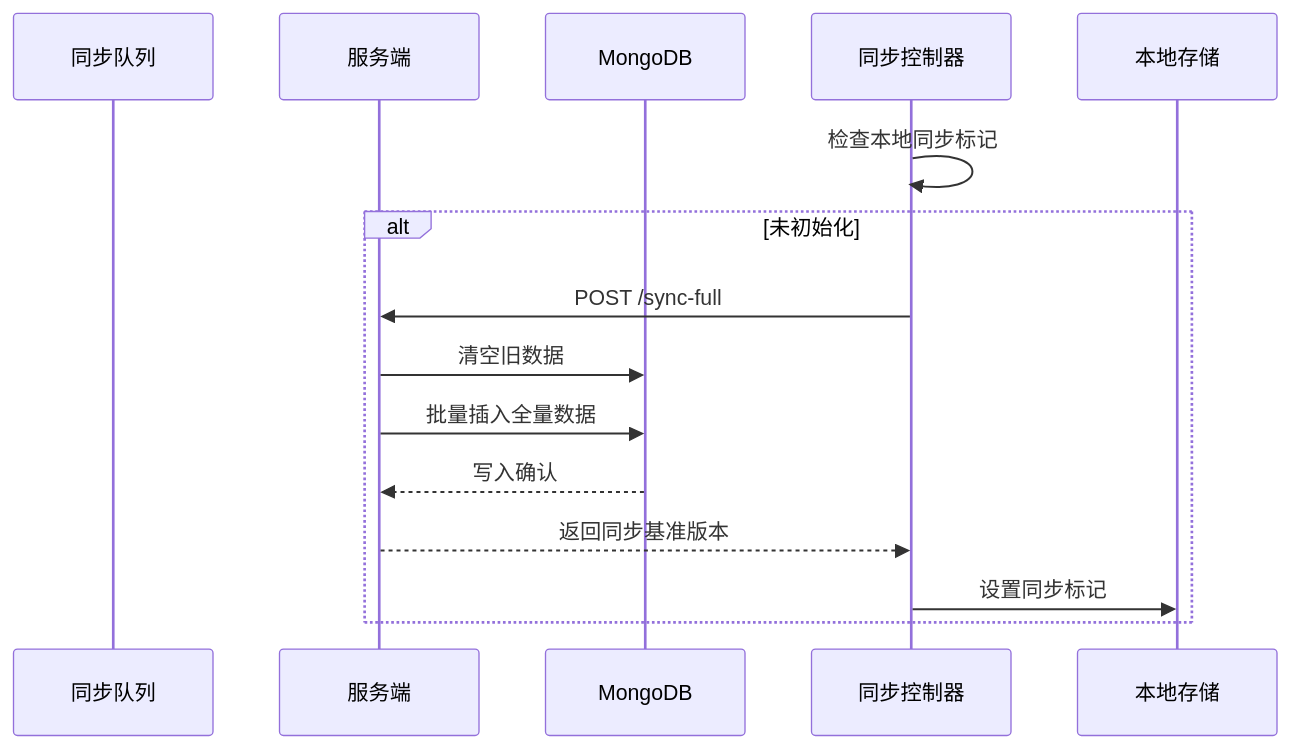
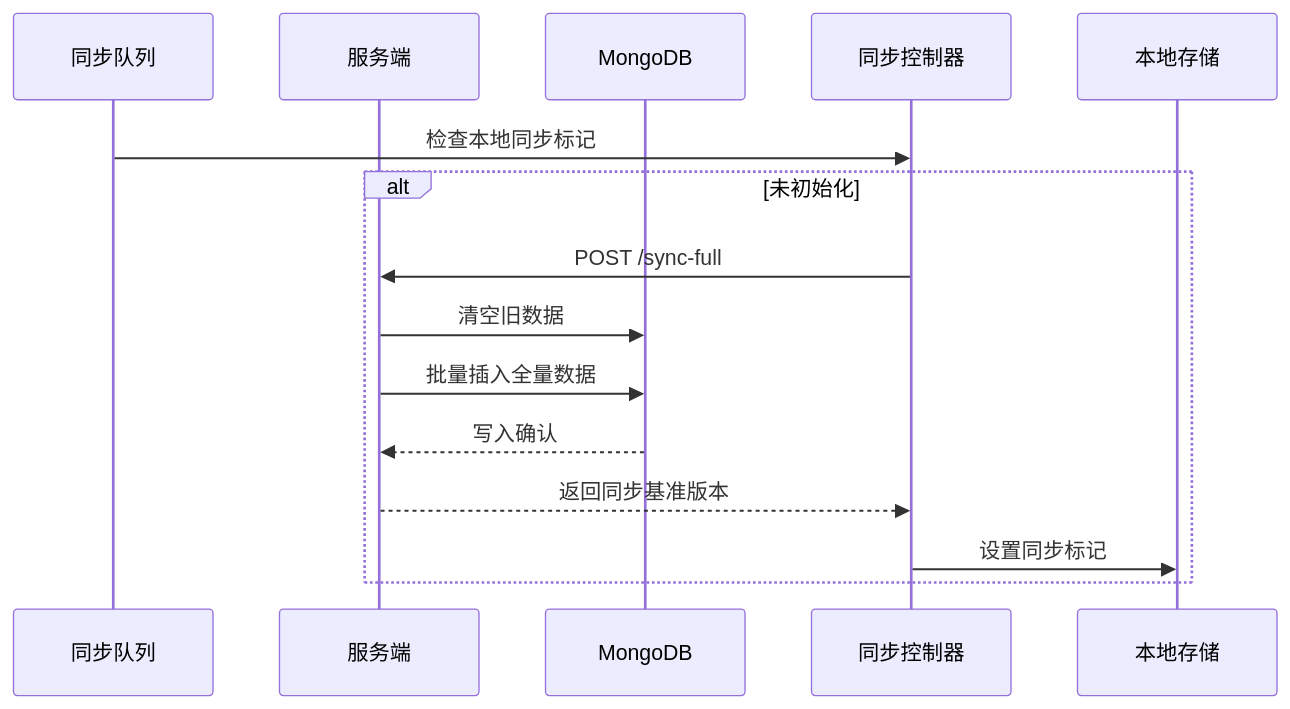
Before and after one commit to yingjianzh/iodraw-files: the diagram in all/未命名-24.md, drawn with Mermaid.

Commit message:
2025-02-21 18:24:24 update

````diff
--- a/all/未命名-24.md
+++ b/all/未命名-24.md
@@ -1,16 +1,16 @@
 ```mermaid
 sequenceDiagram
     participant 同步队列
     participant 服务端
     participant MongoDB
 
-    同步控制器->>同步控制器: 检查本地同步标记
+    同步队列->>同步控制器: 检查本地同步标记
     alt 未初始化
         同步控制器->>服务端: POST /sync-full
         服务端->>MongoDB: 清空旧数据
         服务端->>MongoDB: 批量插入全量数据
         MongoDB-->>服务端: 写入确认
         服务端-->>同步控制器: 返回同步基准版本
         同步控制器->>本地存储: 设置同步标记
     end
 ```
````
